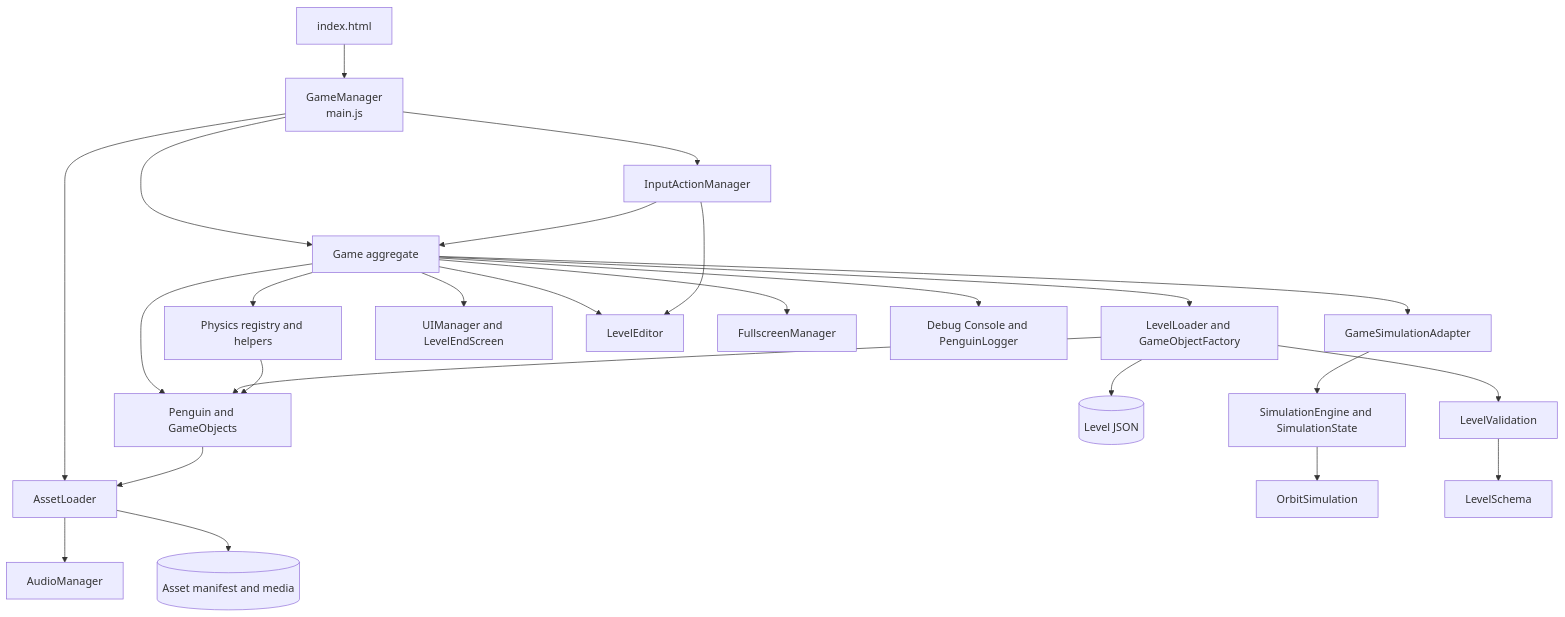
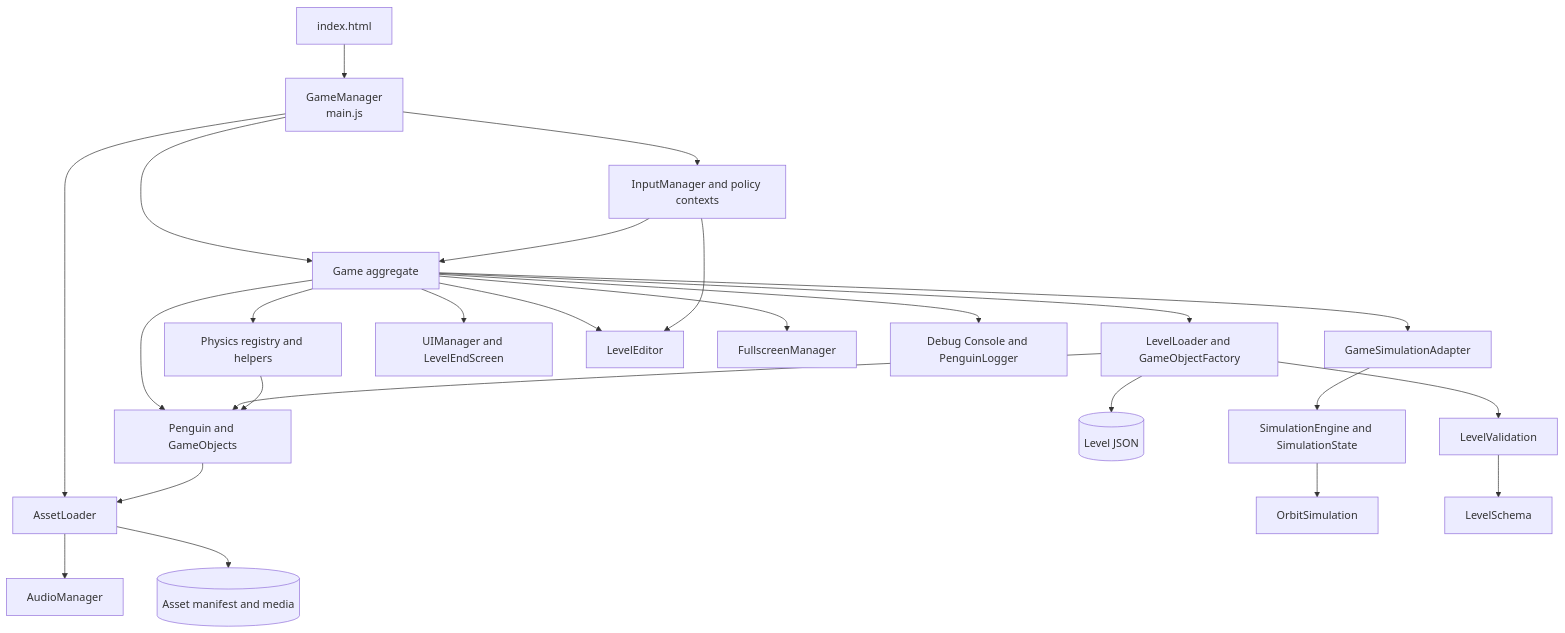
The third of 15 diagrams in ARCHITECTURE.md (Newah1/SpacedPenguin), drawn with Mermaid before and after one commit. The commit also changed other lines of this file and 27 other files, not shown here.

Commit message:
Added input manager

````diff
--- a/ARCHITECTURE.md
+++ b/ARCHITECTURE.md
@@ -95,29 +95,29 @@
 ```mermaid
 flowchart TB
     Index[index.html] --> Main[GameManager<br/>main.js]
     Main --> Assets[AssetLoader]
     Assets --> Audio[AudioManager]
-    Main --> Inputs[InputActionManager]
+    Main --> Inputs[InputManager and policy contexts]
     Main --> Game[Game aggregate]
 
     Game --> Loader[LevelLoader and GameObjectFactory]
     Game --> Adapter[GameSimulationAdapter]
     Adapter --> Simulation[SimulationEngine and SimulationState]
     Simulation --> Orbit[OrbitSimulation]
     Game --> Physics[Physics registry and helpers]
     Game --> Entities[Penguin and GameObjects]
     Game --> UI[UIManager and LevelEndScreen]
     Game --> Editor[LevelEditor]
     Game --> Fullscreen[FullscreenManager]
     Game --> Console[Debug Console and PenguinLogger]
 
     Loader --> LevelJSON[(Level JSON)]
     Loader --> Validation[LevelValidation]
     Validation --> Schema[LevelSchema]
     Assets --> Manifest[(Asset manifest and media)]
     Entities --> Assets
     Loader --> Entities
     Physics --> Entities
     Inputs --> Game
     Inputs --> Editor
 ```
````
